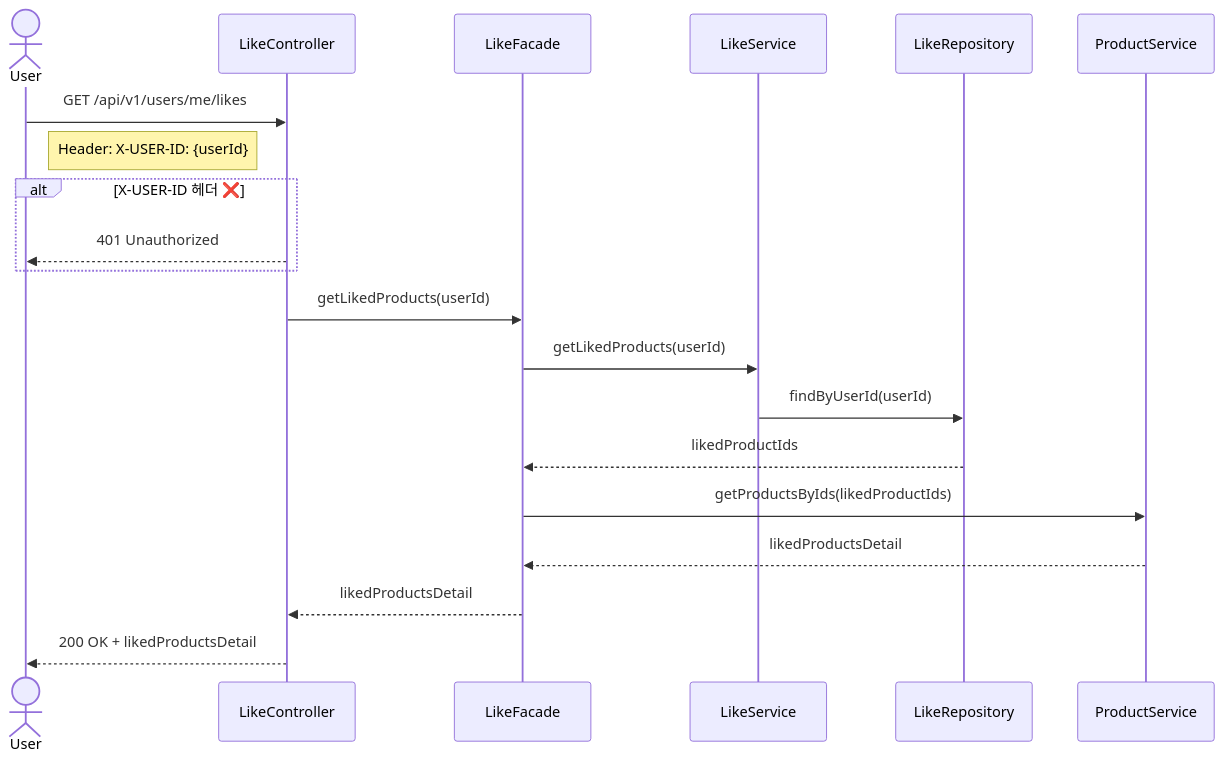
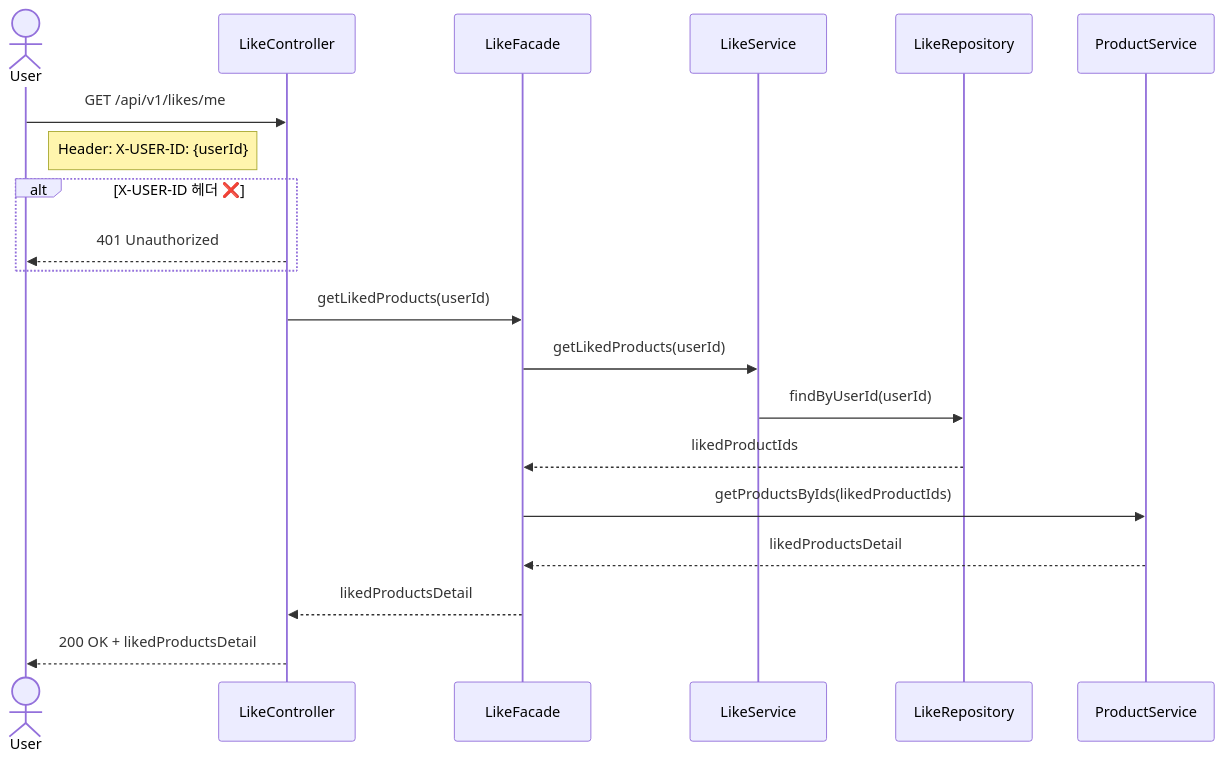
The fifth of 10 diagrams in docs/design/02-sequence-diagrams.md (yuneong/loopers), drawn with Mermaid before and after one commit. The commit also changed other lines of this file and 1 other file, not shown here.

Commit message:
docs: api 명세 추가 및 api 엔드포인트 수정

````diff
--- a/docs/design/02-sequence-diagrams.md
+++ b/docs/design/02-sequence-diagrams.md
@@ -133,27 +133,27 @@
 ```mermaid
 sequenceDiagram
     actor User
     participant LikeController
     participant LikeFacade
     participant LikeService
     participant LikeRepository
     participant ProductService
    
-    User->>LikeController: GET /api/v1/users/me/likes
+    User->>LikeController: GET /api/v1/likes/me
     note right of User: Header: X-USER-ID: {userId}
     alt X-USER-ID 헤더 ❌
         LikeController-->>User: 401 Unauthorized
     end
     
     LikeController->>LikeFacade: getLikedProducts(userId)
     LikeFacade->>LikeService: getLikedProducts(userId)
     
     LikeService->>LikeRepository: findByUserId(userId)
     LikeRepository-->>LikeFacade: likedProductIds
     
     LikeFacade->>ProductService: getProductsByIds(likedProductIds)
     ProductService-->>LikeFacade: likedProductsDetail
     
     LikeFacade-->>LikeController: likedProductsDetail
     LikeController-->>User: 200 OK + likedProductsDetail
 ```
````
